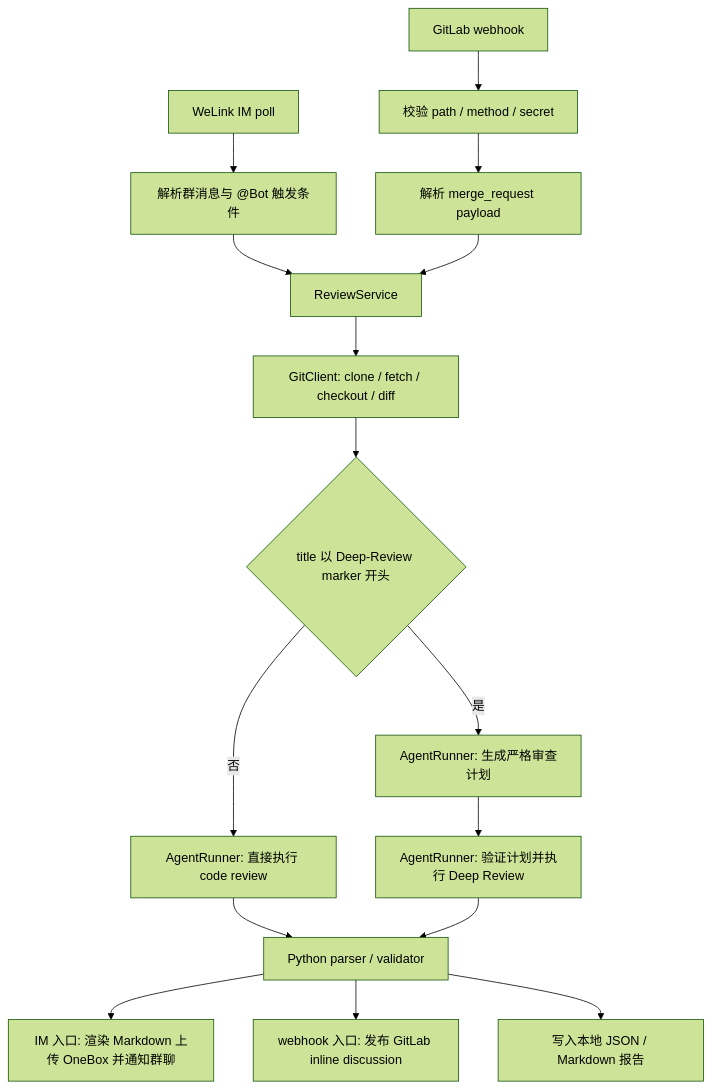
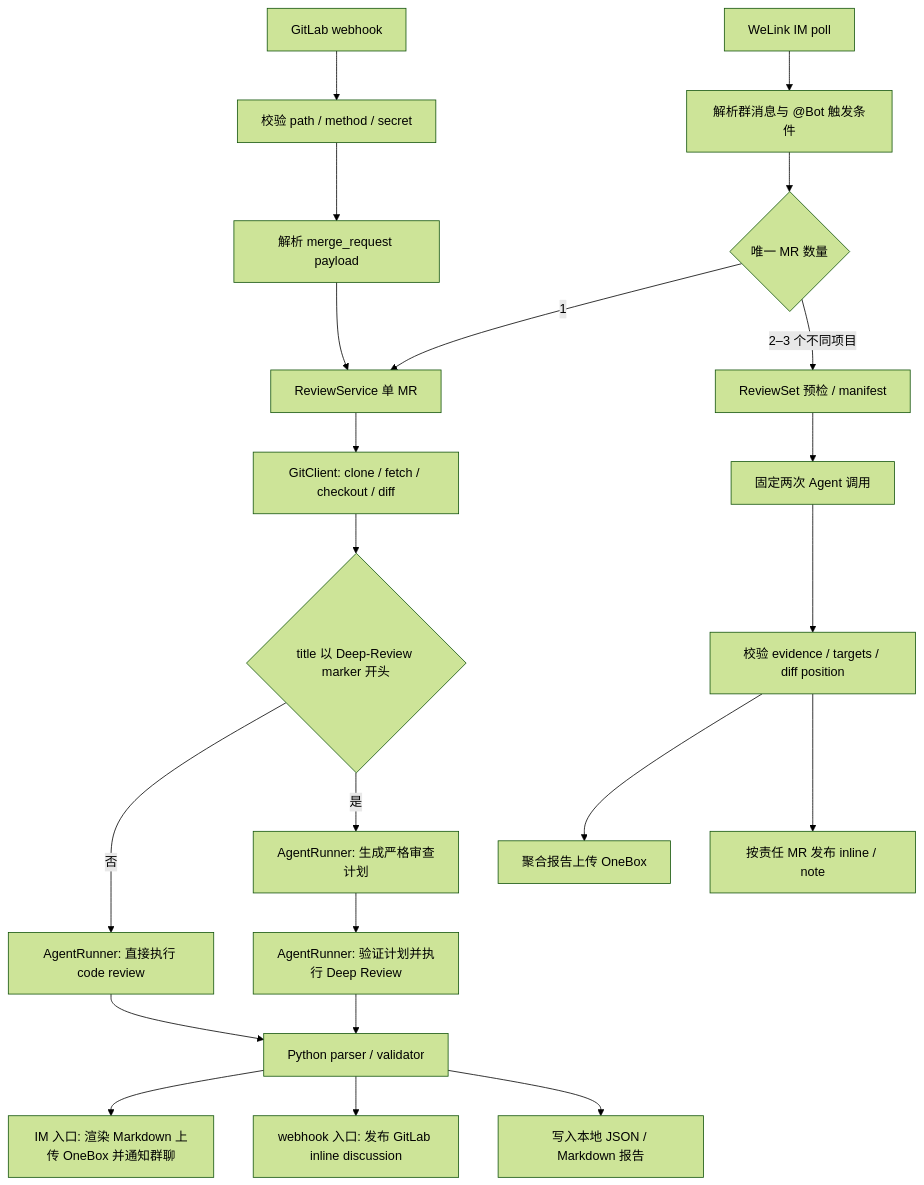
The first of 3 diagrams in docs/DESIGN.md (Faye-663/code-mr-reviewer), drawn with Mermaid (forest theme) before and after one commit. The commit also changed other lines of this file and 23 other files, not shown here.

````diff
--- a/docs/DESIGN.md
+++ b/docs/DESIGN.md
@@ -7,18 +7,24 @@
 ```mermaid
 flowchart TD
     A["WeLink IM poll"] --> B["解析群消息与 @Bot 触发条件"]
     C["GitLab webhook"] --> D["校验 path / method / secret"]
     D --> E["解析 merge_request payload"]
-    B --> F["ReviewService"]
+    B --> B2{"唯一 MR 数量"}
+    B2 -- "1" --> F["ReviewService 单 MR"]
+    B2 -- "2–3 个不同项目" --> R["ReviewSet 预检 / manifest"]
     E --> F
     F --> G["GitClient: clone / fetch / checkout / diff"]
     G --> H{"title 以 Deep-Review marker 开头"}
     H -- "否" --> I["AgentRunner: 直接执行 code review"]
     H -- "是" --> H2["AgentRunner: 生成严格审查计划"]
     H2 --> I2["AgentRunner: 验证计划并执行 Deep Review"]
     I --> J["Python parser / validator"]
     I2 --> J
     J --> K["IM 入口: 渲染 Markdown 上传 OneBox 并通知群聊"]
     J --> L["webhook 入口: 发布 GitLab inline discussion"]
     J --> M["写入本地 JSON / Markdown 报告"]
+    R --> R2["固定两次 Agent 调用"]
+    R2 --> R3["校验 evidence / targets / diff position"]
+    R3 --> R4["聚合报告上传 OneBox"]
+    R3 --> R5["按责任 MR 发布 inline / note"]
 ```
````
